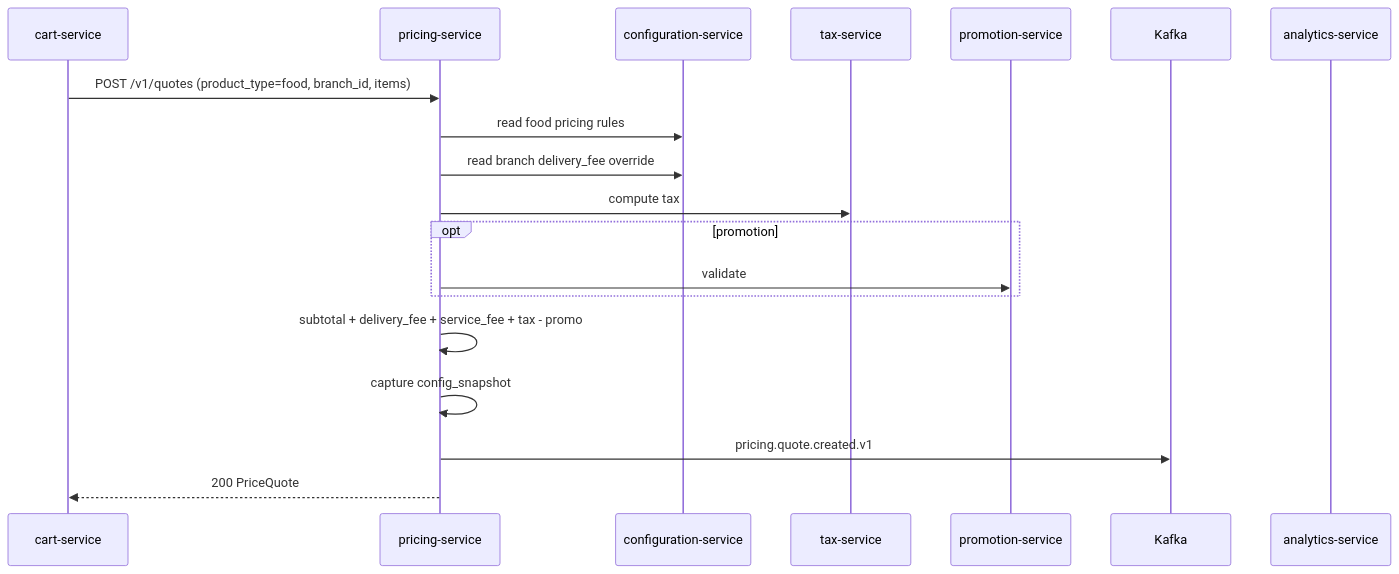
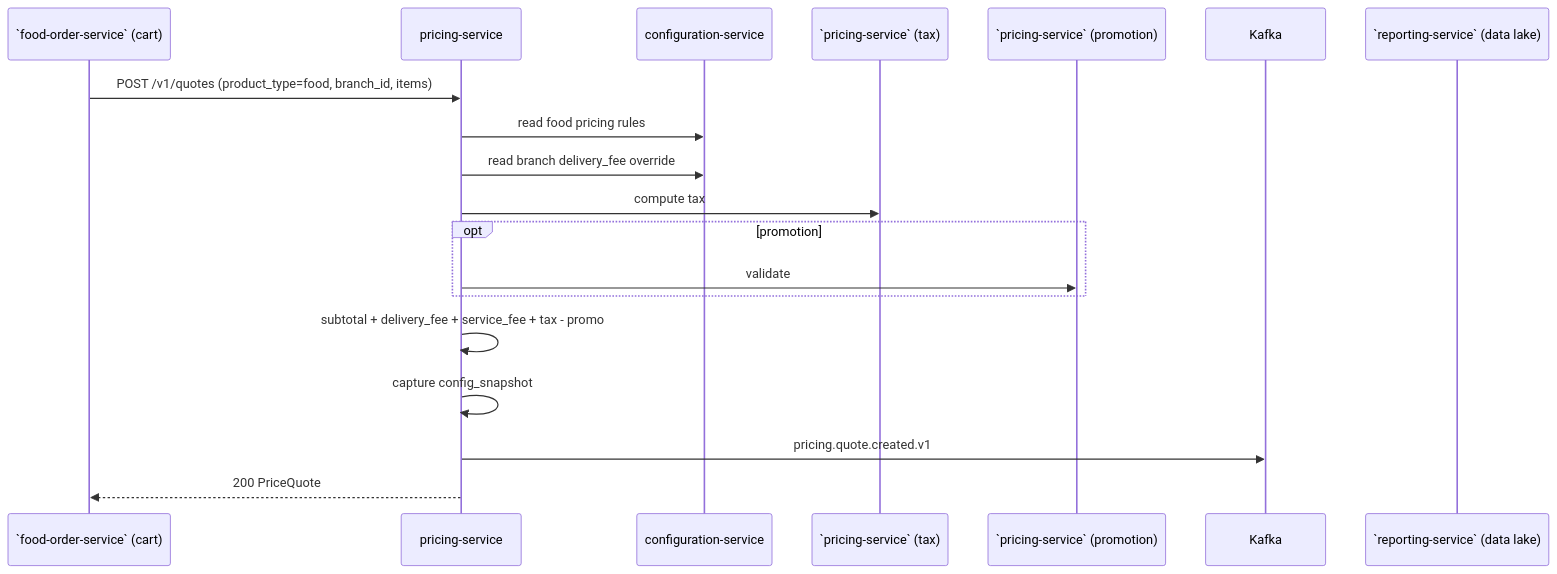
One commit to mohamedhabibwork/trips-enjoy-docs changed the third of 7 diagrams in docs/services/pricing-service/WORKFLOWS.md. Above: the diagram before and after it, drawn with Mermaid. The commit also changed other lines of this file and 525 other files, not shown here.

````diff
--- a/docs/services/pricing-service/WORKFLOWS.md
+++ b/docs/services/pricing-service/WORKFLOWS.md
@@ -199,22 +199,22 @@
 ```mermaid
 sequenceDiagram
-    participant CRT as cart-service
+    participant CRT as `food-order-service` (cart)
     participant PRC as pricing-service
     participant CFG as configuration-service
-    participant TAX as tax-service
-    participant PRM as promotion-service
+    participant TAX as `pricing-service` (tax)
+    participant PRM as `pricing-service` (promotion)
     participant K as Kafka
-    participant ANA as analytics-service
+    participant ANA as `reporting-service` (data lake)
 
     CRT->>PRC: POST /v1/quotes (product_type=food, branch_id, items)
     PRC->>CFG: read food pricing rules
     PRC->>CFG: read branch delivery_fee override
     PRC->>TAX: compute tax
     opt promotion
         PRC->>PRM: validate
     end
     PRC->>PRC: subtotal + delivery_fee + service_fee + tax - promo
     PRC->>PRC: capture config_snapshot
     PRC->>K: pricing.quote.created.v1
     PRC-->>CRT: 200 PriceQuote
 ```
````
